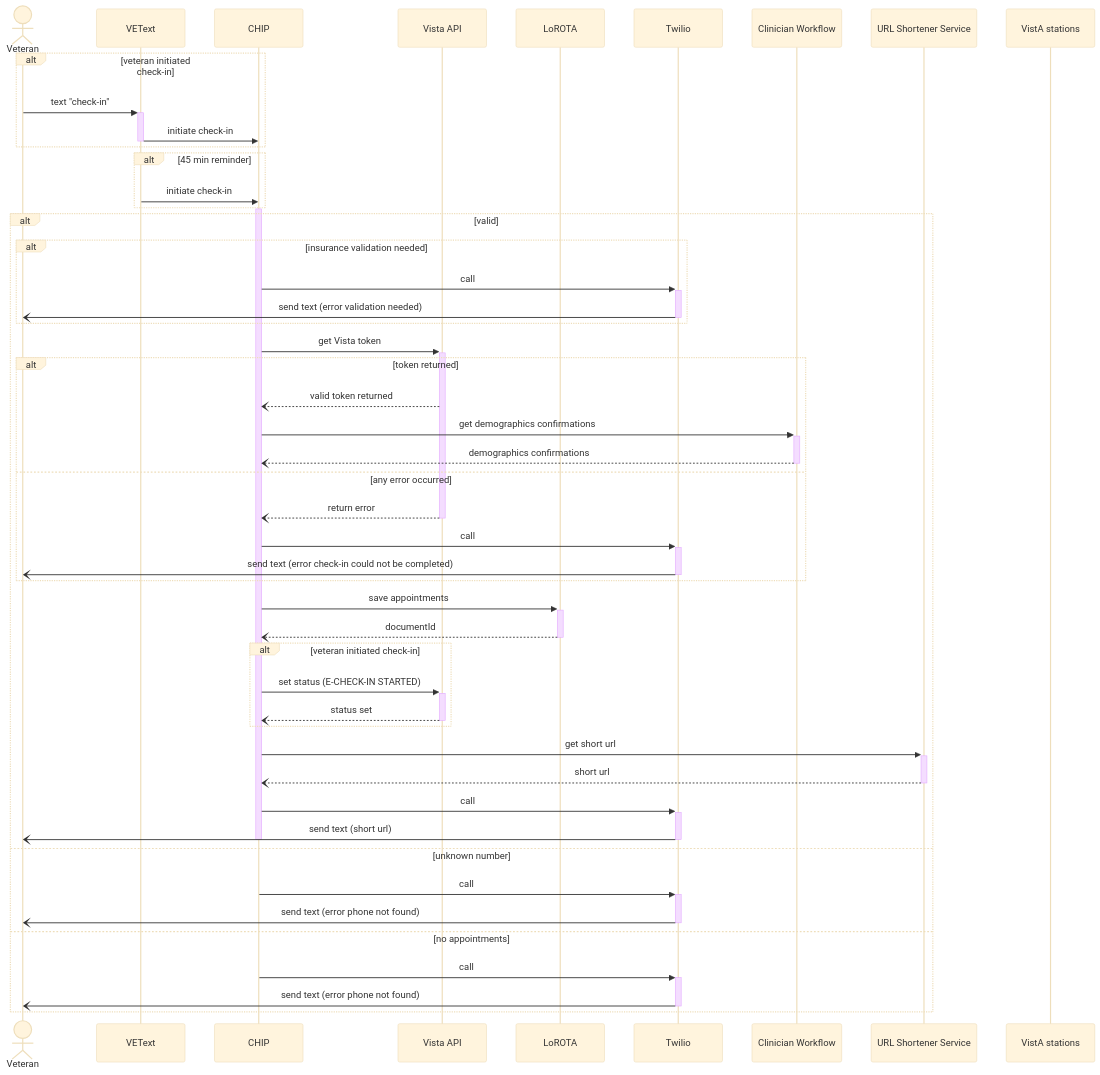
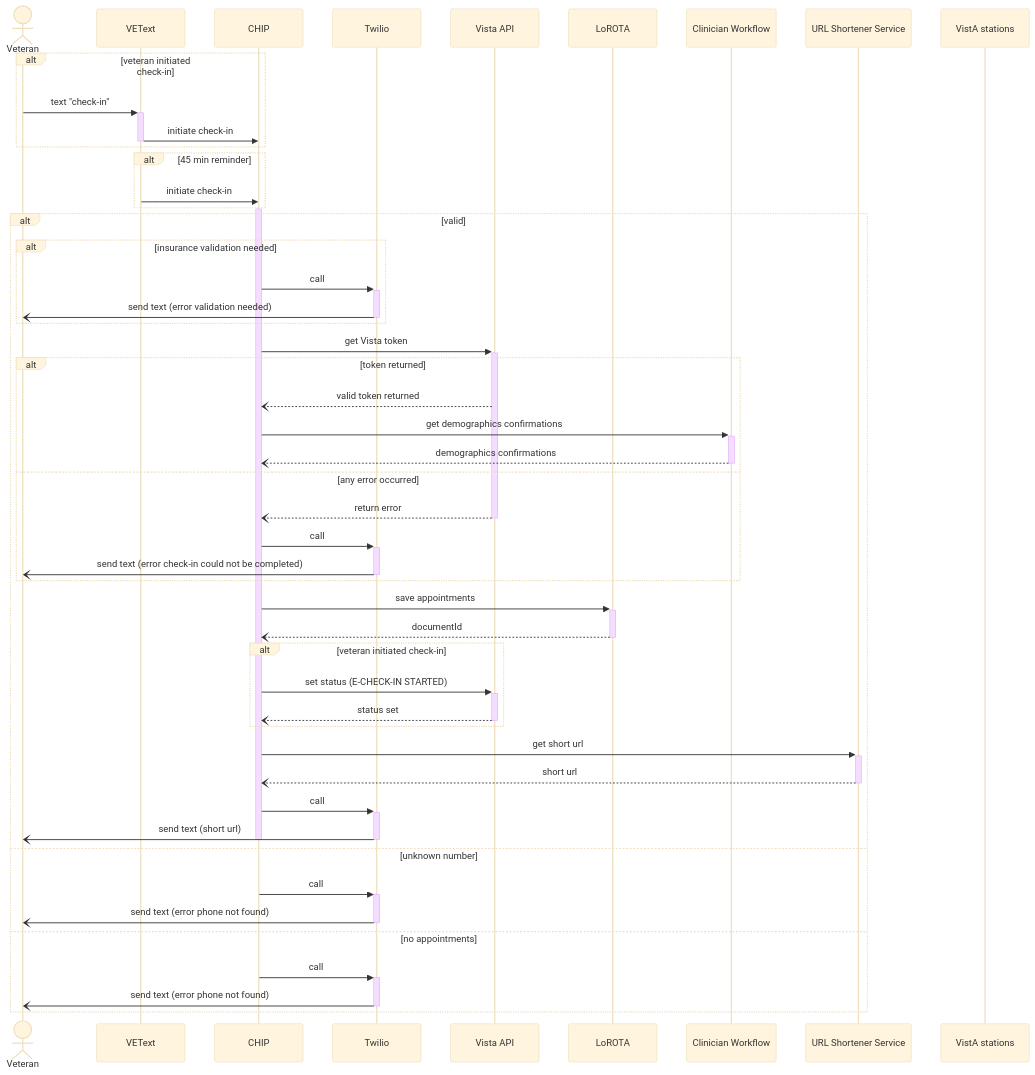
Before and after one commit to department-of-veterans-affairs/va.gov-team: the first of 4 diagrams in products/health-care/checkin/engineering/architecture-diagrams/sequenceDiagram_checkInExp.md, drawn with Mermaid (base theme). The commit also changed other lines of this file, not shown here.

````diff
--- a/products/health-care/checkin/engineering/architecture-diagrams/sequenceDiagram_checkInExp.md
+++ b/products/health-care/checkin/engineering/architecture-diagrams/sequenceDiagram_checkInExp.md
@@ -10,54 +10,54 @@
 ```mermaid
 sequenceDiagram
     actor vet as Veteran
     participant vt as VEText
     participant c as CHIP
+    participant t as Twilio
     participant va as Vista API
     participant l as LoROTA
-    participant t as Twilio
     participant cw as Clinician Workflow
     participant url as URL Shortener Service
     participant vas as VistA stations
 
     alt veteran initiated check-in
     vet->>+vt: text "check-in"
     vt->>-c: initiate check-in
     end
     alt 45 min reminder
     vt->>c: initiate check-in
     end
     activate c
     alt valid
       alt insurance validation needed
         c->>+t: call
         t-)-vet: send text (error validation needed)
       end
       c->>+va: get Vista token
       alt token returned
         va--)c: valid token returned
         c->>+cw: get demographics confirmations
         cw--)-c: demographics confirmations
       else any error occurred
         va--)-c: return error
         c->>+t: call
         t-)-vet: send text (error check-in could not be completed)
       end
       c->>+l: save appointments
       l--)-c: documentId
       alt veteran initiated check-in
         c->>+va: set status (E-CHECK-IN STARTED)
         va--)-c: status set
       end
       c->>+url: get short url
       url--)-c: short url
       c->>+t: call
       t-)-vet: send text (short url)
       deactivate c
     else unknown number
       c->>+t: call
       t-)-vet: send text (error phone not found)
     else no appointments
       c->>+t: call
       t-)-vet: send text (error phone not found)
     end
 ```
````
